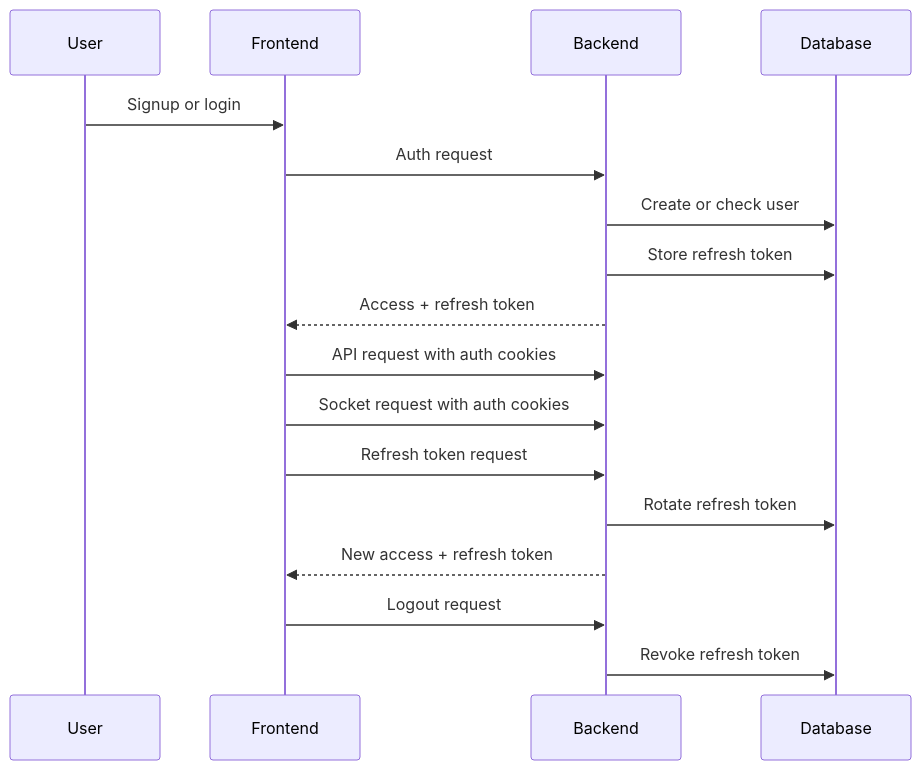
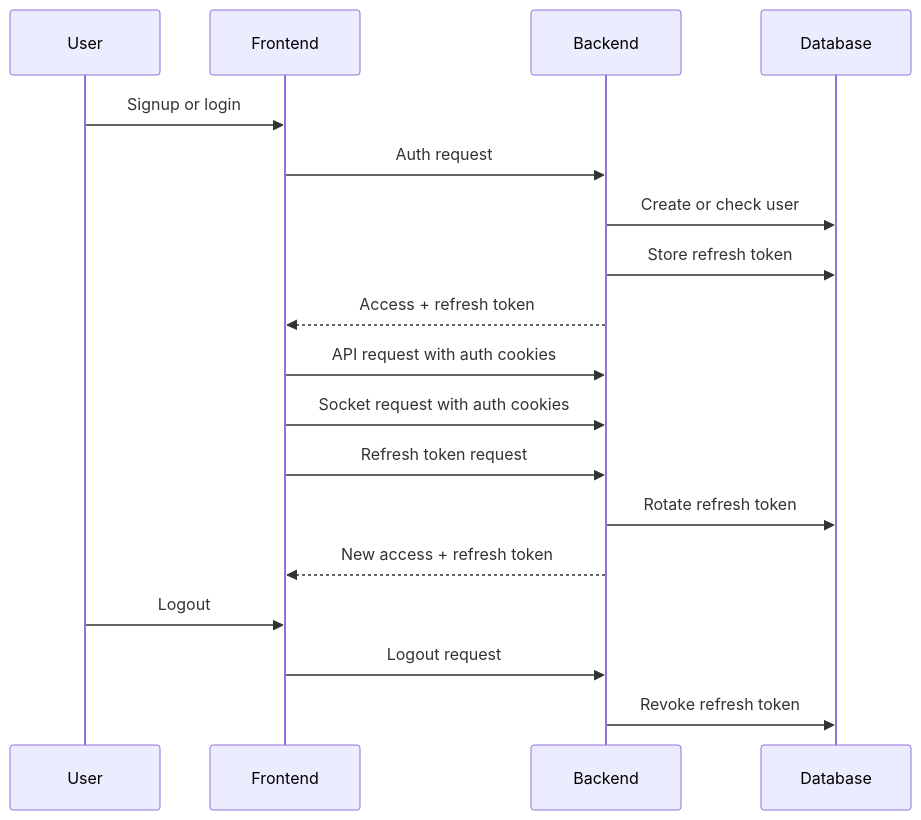
The diagram in docs/modules/auth-users.md (Nanborg/ft_transcendence), drawn with Mermaid before and after one commit.

Commit message:
added mermaid auth log out arrow

````diff
--- a/docs/modules/auth-users.md
+++ b/docs/modules/auth-users.md
@@ -61,19 +61,20 @@
 ```mermaid
 sequenceDiagram
   participant User
   participant Frontend
   participant Backend
   participant Database
   User->>Frontend: Signup or login
   Frontend->>Backend: Auth request
   Backend->>Database: Create or check user
   Backend->>Database: Store refresh token
   Backend-->>Frontend: Access + refresh token
   Frontend->>Backend: API request with auth cookies
   Frontend->>Backend: Socket request with auth cookies
   Frontend->>Backend: Refresh token request
   Backend->>Database: Rotate refresh token
   Backend-->>Frontend: New access + refresh token
+  User->>Frontend: Logout
   Frontend->>Backend: Logout request
   Backend->>Database: Revoke refresh token
 ```
````
